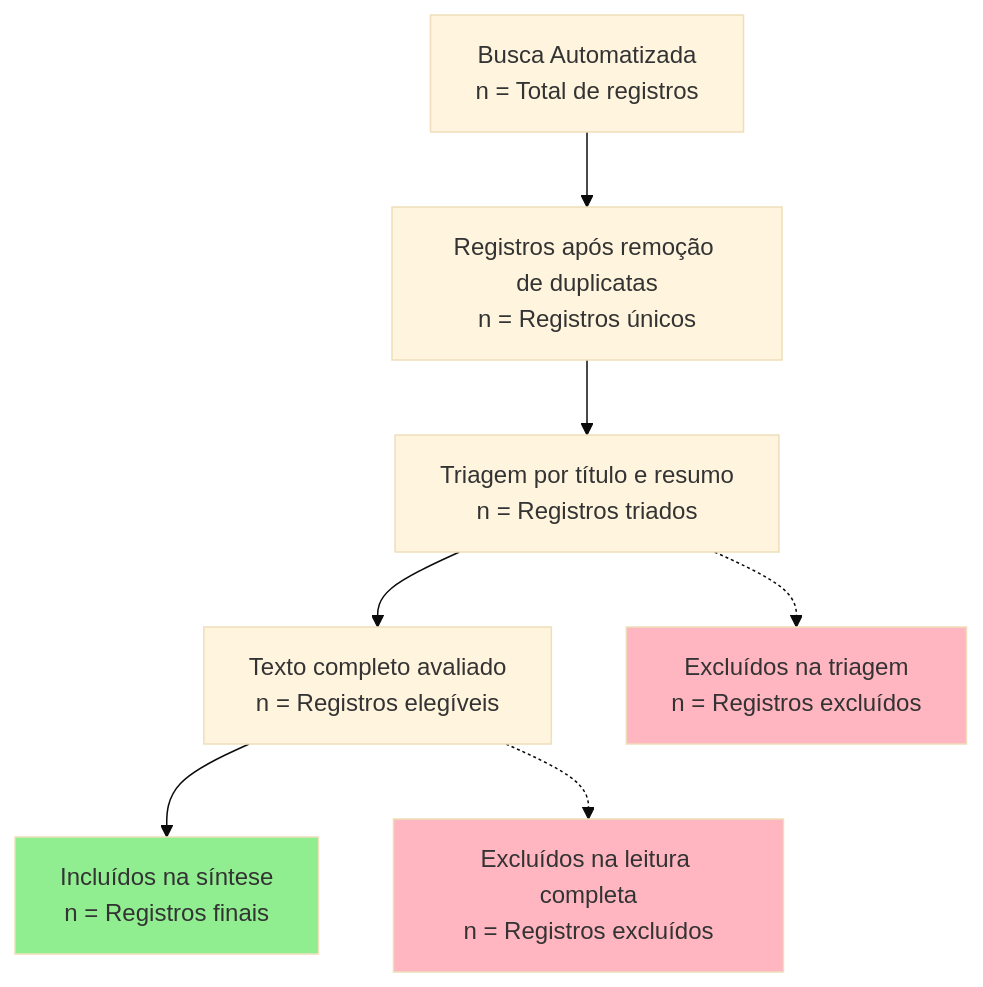
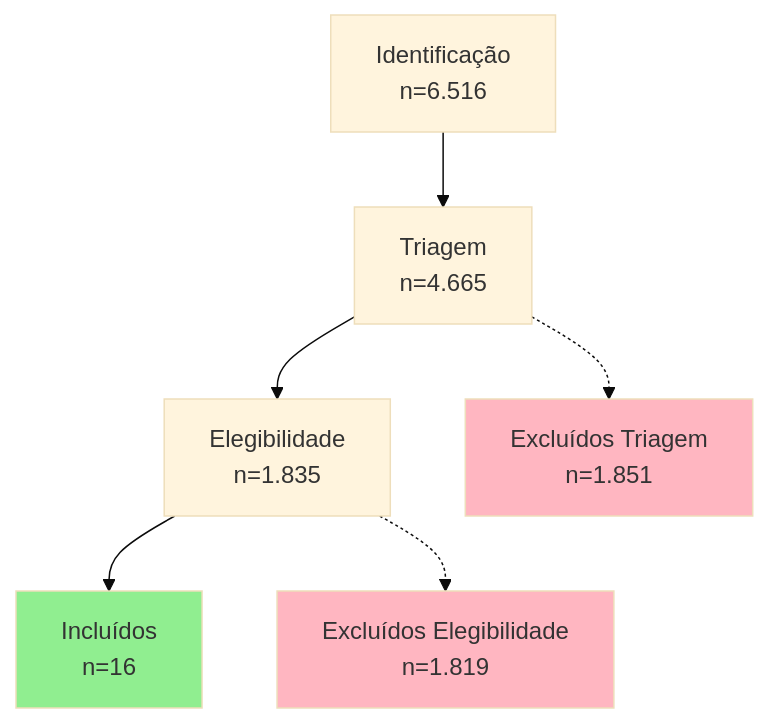
Before and after one commit to thalesfb/ccw: the diagram in research/docs/METODOLOGIA.md, drawn with Mermaid (base theme). The commit also changed other lines of this file and 18 other files, not shown here.

````diff
--- a/research/docs/METODOLOGIA.md
+++ b/research/docs/METODOLOGIA.md
@@ -136,14 +29,11 @@
 ```mermaid
 flowchart TD
-    A[Busca Automatizada<br/>n = Total de registros] --> B[Registros após remoção de duplicatas<br/>n = Registros únicos]
-    B --> C[Triagem por título e resumo<br/>n = Registros triados]
-    C --> D[Texto completo avaliado<br/>n = Registros elegíveis]
-    D --> E[Incluídos na síntese<br/>n = Registros finais]
-    
-    C -.-> F[Excluídos na triagem<br/>n = Registros excluídos]
-    D -.-> G[Excluídos na leitura completa<br/>n = Registros excluídos]
-    
-    style E fill:#90EE90
-    style F fill:#FFB6C1
-    style G fill:#FFB6C1
+    A[Identificação\n n=6.516] --> B[Triagem\n n=4.665]
+    B --> C[Elegibilidade\n n=1.835]
+    C --> D[Incluídos\n n=16]
+    B -.-> X[Excluídos Triagem\n n=1.851]
+    C -.-> Y[Excluídos Elegibilidade\n n=1.819]
+    style D fill:#90EE90
+    style X fill:#FFB6C1
+    style Y fill:#FFB6C1
 ```
````
